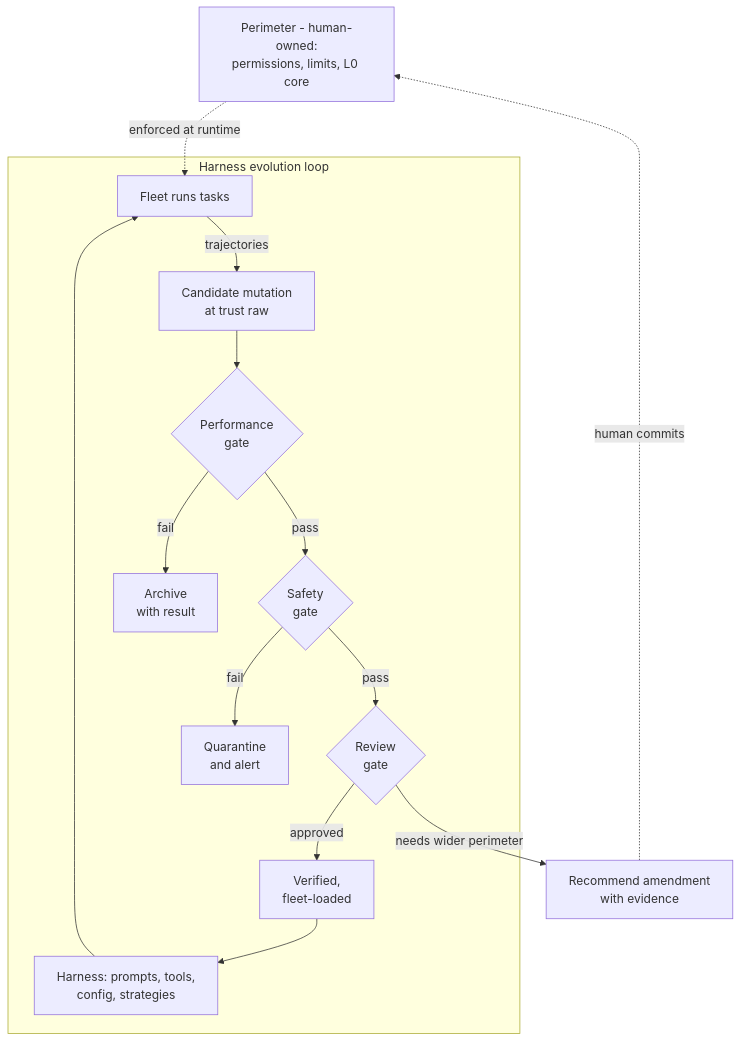
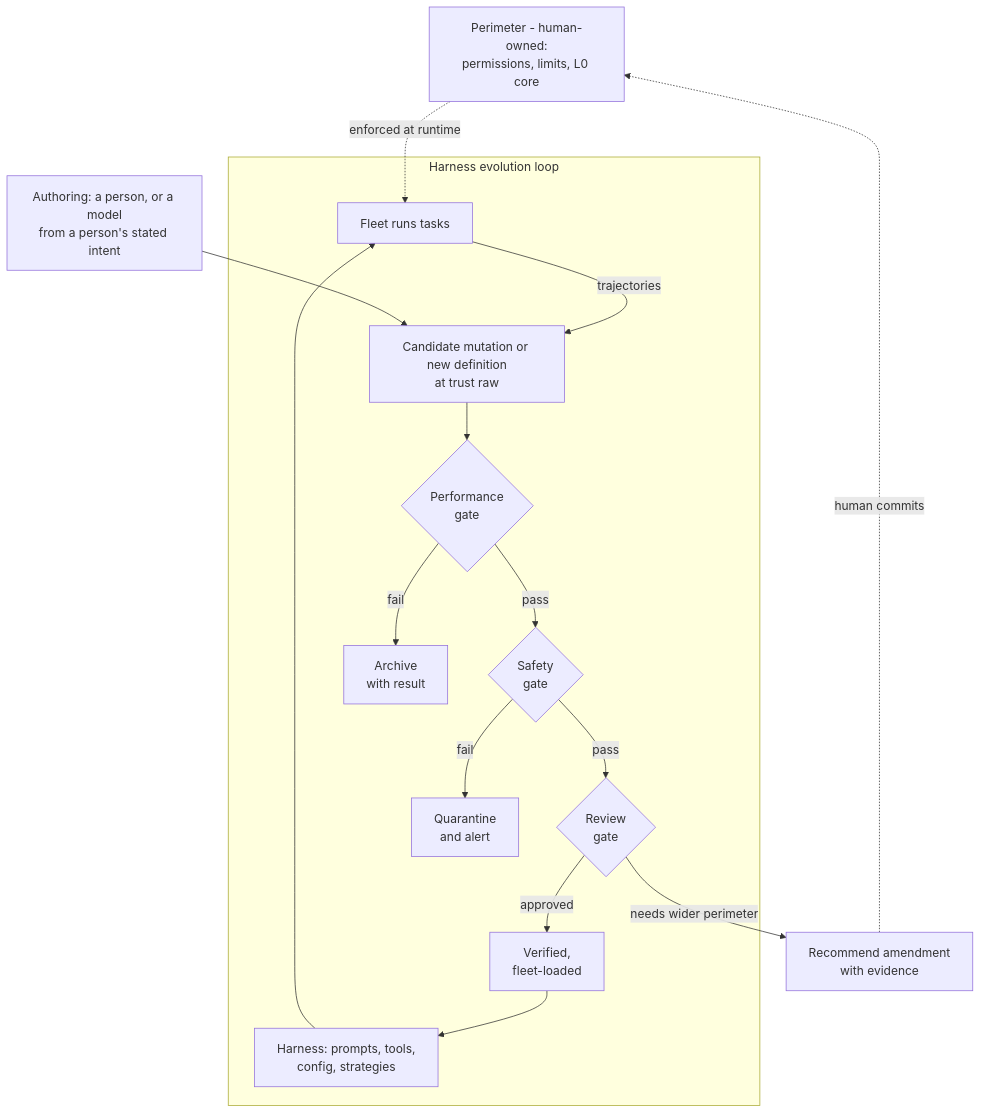
Before and after one commit to apache/tooling-memory: diagram 11 of 14 in docs/durable-memory-for-disposable-agents.md, drawn with Mermaid. The commit also changed other lines of this file and 1 other file, not shown here.

````diff
--- a/docs/durable-memory-for-disposable-agents.md
+++ b/docs/durable-memory-for-disposable-agents.md
@@ -659,24 +696,26 @@
 ```mermaid
 flowchart TD
     PERIM["Perimeter - human-owned:<br/>permissions, limits, L0 core"]
     subgraph LOOP["Harness evolution loop"]
         H["Harness: prompts, tools,<br/>config, strategies"]
         RUN["Fleet runs tasks"]
-        DIST["Candidate mutation<br/>at trust raw"]
+        DIST["Candidate mutation or new definition<br/>at trust raw"]
         G1{"Performance<br/>gate"}
         G2{"Safety<br/>gate"}
         G3{"Review<br/>gate"}
         V["Verified,<br/>fleet-loaded"]
         ARCH["Archive<br/>with result"]
         QUAR["Quarantine<br/>and alert"]
     end
+    AUTH["Authoring: a person, or a model<br/>from a person's stated intent"]
     H --> RUN -->|trajectories| DIST --> G1
+    AUTH --> DIST
     G1 -- fail --> ARCH
     G1 -- pass --> G2
     G2 -- fail --> QUAR
     G2 -- pass --> G3
     G3 -- approved --> V --> H
     G3 -- "needs wider perimeter" --> RECM["Recommend amendment<br/>with evidence"]
     RECM -.->|human commits| PERIM
     PERIM -.->|enforced at runtime| RUN
 ```
````
